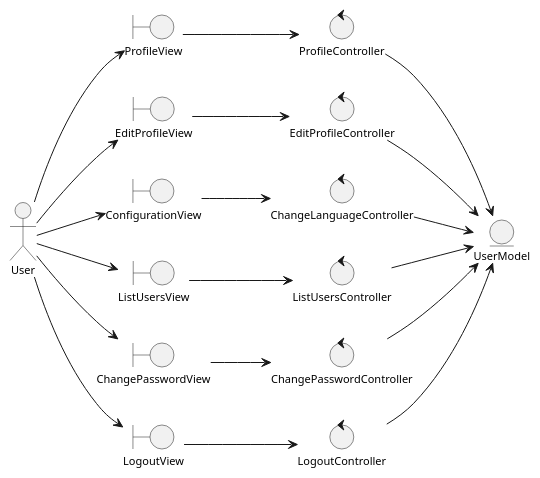
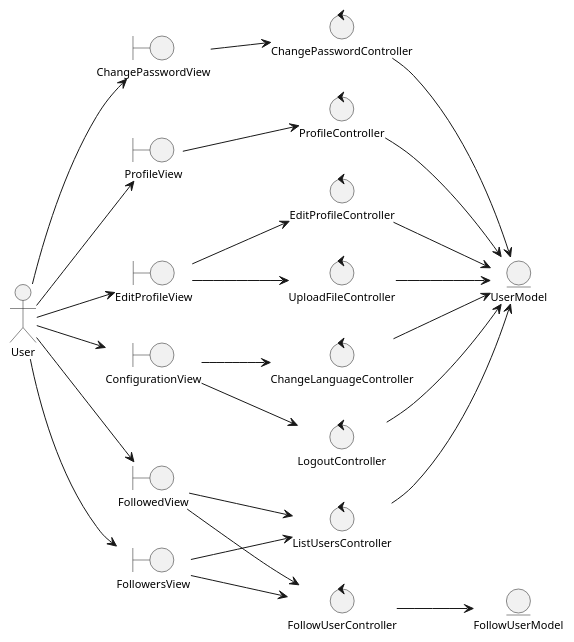
The diagram in Análisis/Clases de Análisis/analysisClassDiagramUserManagement.plantuml (valeraruggierotesisucv/tesis-frameworks-mobile-diagrams), drawn with PlantUML before and after one commit. The commit also changed 7 other files, not shown here.

Commit message:
Refactor authentication and event management diagrams: rename views and controllers, update user interactions, and enhance class structure. Added new boundaries and controllers for improved user flow.

```diff
--- a/Análisis/Clases de Análisis/analysisClassDiagramUserManagement.plantuml
+++ b/Análisis/Clases de Análisis/analysisClassDiagramUserManagement.plantuml
@@ -1,44 +1,56 @@
 @startuml analysisClassDiagramUserManagement
 skinparam style strictuml
 left to right direction
 skinparam defaultTextAlignment center
 skinparam defaultFontSize 11
 
 actor "User" as user
 
 entity "UserModel" as userModel
+entity "FollowUserModel" as followUserModel
 
 boundary "ProfileView" as profileView
 boundary "EditProfileView" as editProfileView
 boundary "ConfigurationView" as configurationView
-boundary "ListUsersView" as listUsersView
 boundary "ChangePasswordView" as changePasswordView
-boundary "LogoutView" as logoutView
+boundary "FollowersView" as followersView
+boundary "FollowedView" as followedView
+
 control "ProfileController" as profileController
 control "EditProfileController" as editProfileController
 control "ChangeLanguageController" as changeLanguageController
 control "ChangePasswordController" as changePasswordController
 control "ListUsersController" as listUsersController
 control "LogoutController" as logoutController
+control "UploadFileController" as uploadFileController
+control "LogoutController" as logoutController
+control "FollowUserController" as followUserController
 
 user --> profileView
 user --> editProfileView
 user --> configurationView
-user --> listUsersView
 user --> changePasswordView
-user --> logoutView
+user --> followersView
+user --> followedView
 
 profileView --> profileController
 editProfileView --> editProfileController
+editProfileView --> uploadFileController
 configurationView --> changeLanguageController
-logoutView --> logoutController
+configurationView --> logoutController
 changePasswordView --> changePasswordController
-listUsersView --> listUsersController
+followersView --> listUsersController
+followedView --> listUsersController
+followersView --> followUserController
+followedView --> followUserController
+
 profileController --> userModel
 editProfileController --> userModel
 changeLanguageController --> userModel
 changePasswordController --> userModel
 listUsersController --> userModel
 logoutController --> userModel
+uploadFileController --> userModel
+followUserController --> followUserModel
 
 @enduml
```
